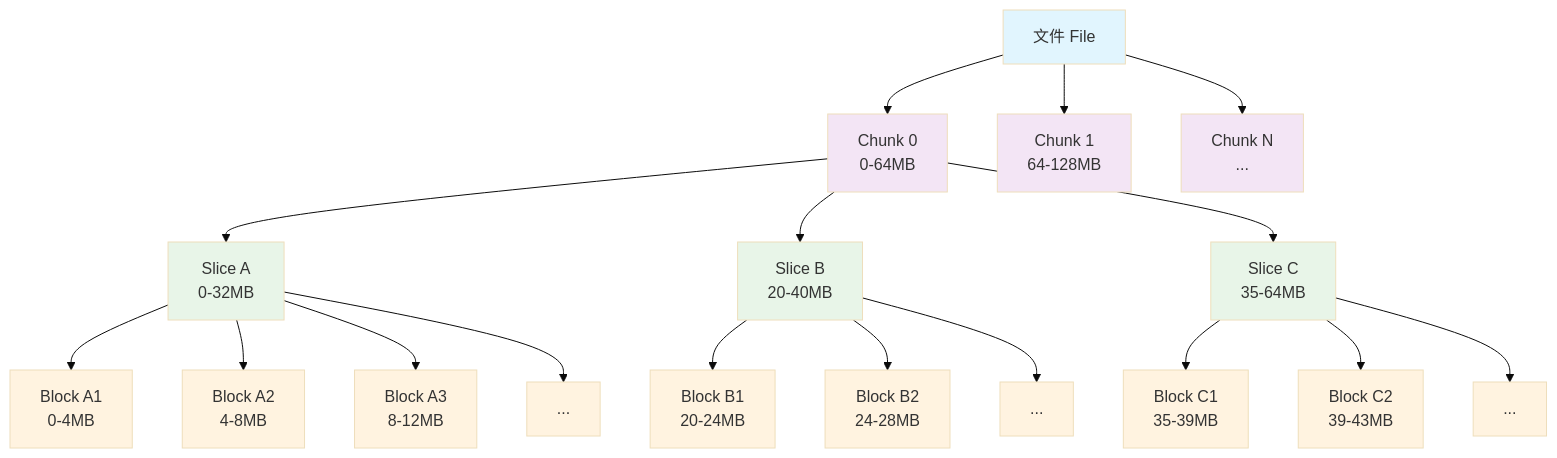
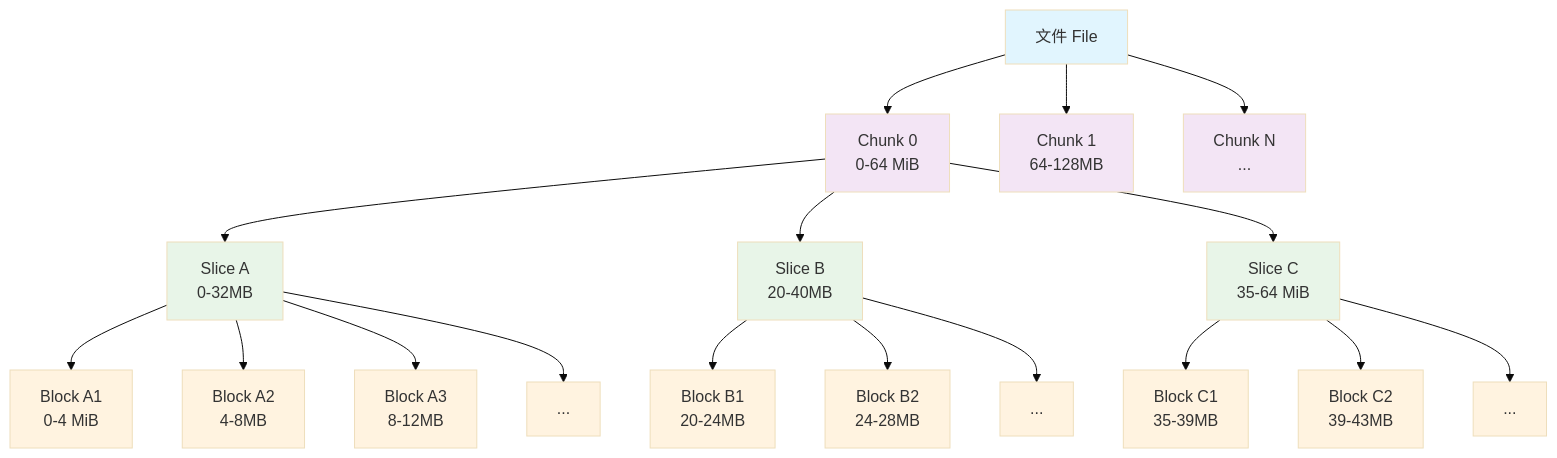
One commit to ForceInjection/AI-fundamentals changed the second of 12 diagrams in 04_cloud_native_ai_platform/storage/juicefs/01_juicefs_file_modification_mechanism_analysis.md. Above: the diagram before and after it, drawn with Mermaid (base theme). The commit also changed other lines of this file and 26 other files, not shown here.

````diff
--- a/04_cloud_native_ai_platform/storage/juicefs/01_juicefs_file_modification_mechanism_analysis.md
+++ b/04_cloud_native_ai_platform/storage/juicefs/01_juicefs_file_modification_mechanism_analysis.md
@@ -59,40 +61,40 @@
 ```mermaid
 graph TD
-    A[文件 File] --> B[Chunk 0<br/>0-64MB]
+    A[文件 File] --> B[Chunk 0<br/>0-64 MiB]
     A --> C[Chunk 1<br/>64-128MB]
     A --> D[Chunk N<br/>...]
     B --> E[Slice A<br/>0-32MB]
     B --> F[Slice B<br/>20-40MB]
-    B --> G[Slice C<br/>35-64MB]
+    B --> G[Slice C<br/>35-64 MiB]
     
-    E --> H[Block A1<br/>0-4MB]
+    E --> H[Block A1<br/>0-4 MiB]
     E --> I[Block A2<br/>4-8MB]
     E --> J[Block A3<br/>8-12MB]
     E --> K[...]
     
     F --> L[Block B1<br/>20-24MB]
     F --> M[Block B2<br/>24-28MB]
     F --> N[...]
     
     G --> O[Block C1<br/>35-39MB]
     G --> P[Block C2<br/>39-43MB]
     G --> Q[...]
     
     style A fill:#e1f5fe
     style B fill:#f3e5f5
     style C fill:#f3e5f5
     style D fill:#f3e5f5
     style E fill:#e8f5e8
     style F fill:#e8f5e8
     style G fill:#e8f5e8
     style H fill:#fff3e0
     style I fill:#fff3e0
     style J fill:#fff3e0
     style K fill:#fff3e0
     style L fill:#fff3e0
     style M fill:#fff3e0
     style N fill:#fff3e0
     style O fill:#fff3e0
     style P fill:#fff3e0
     style Q fill:#fff3e0
 ```
````
